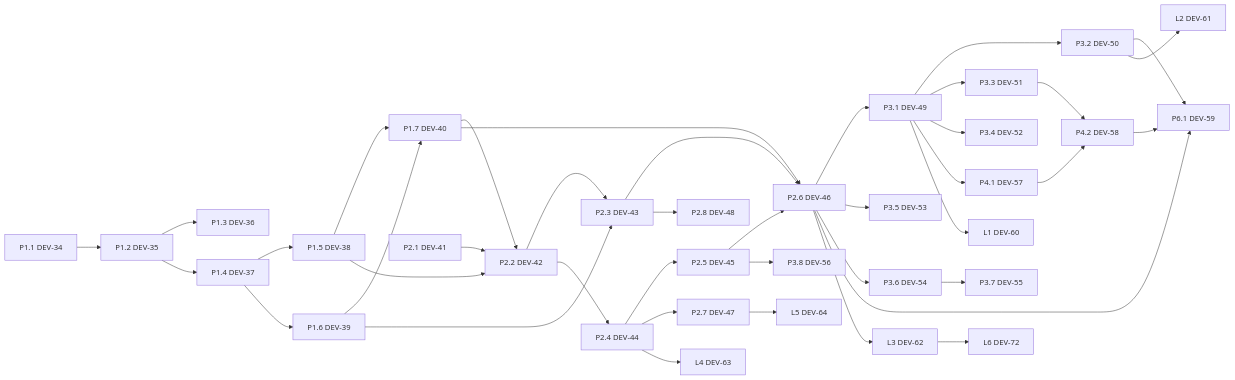
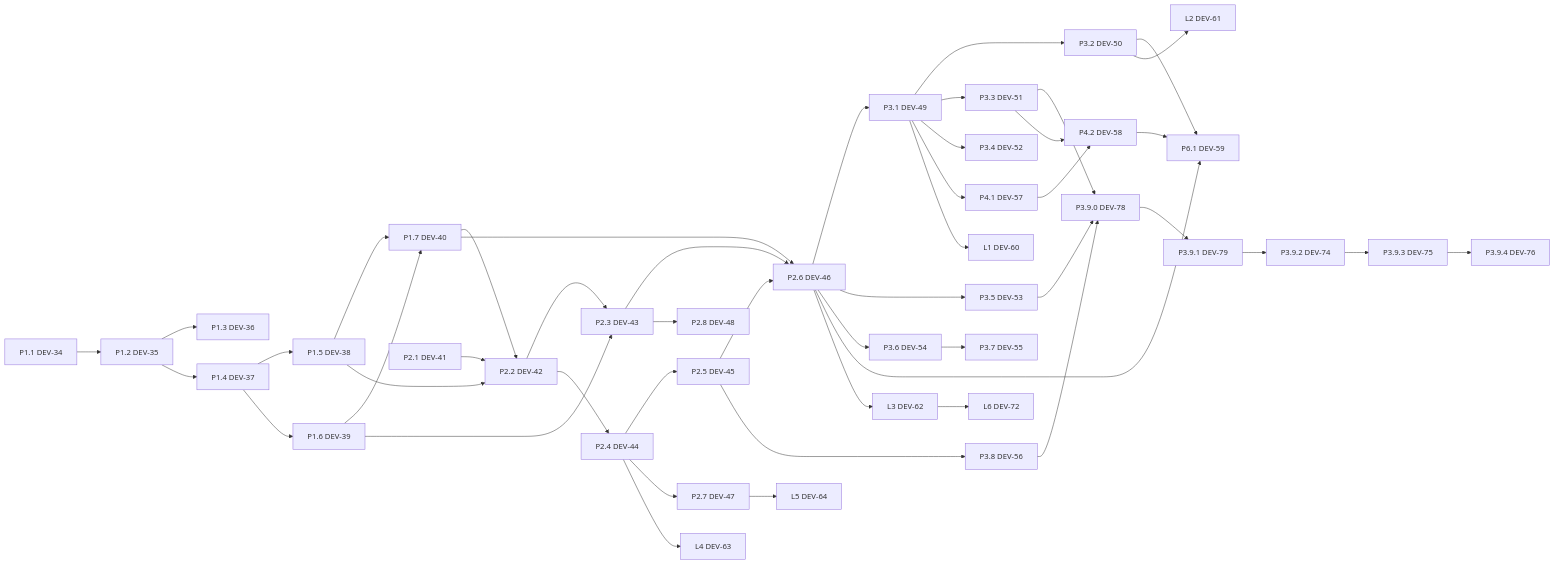
Before and after one commit to markfrommn/marksharc: the diagram in specs/MARKSHARC-PLAN.md, drawn with Mermaid. The commit also changed other lines of this file and 3 other files, not shown here.

```diff
--- a/specs/MARKSHARC-PLAN.md
+++ b/specs/MARKSHARC-PLAN.md
@@ -65,6 +65,11 @@
   P3_6["P3.6 DEV-54"]
   P3_7["P3.7 DEV-55"]
   P3_8["P3.8 DEV-56"]
+  P3_9_0["P3.9.0 DEV-78"]
+  P3_9_1["P3.9.1 DEV-79"]
+  P3_9_2["P3.9.2 DEV-74"]
+  P3_9_3["P3.9.3 DEV-75"]
+  P3_9_4["P3.9.4 DEV-76"]
   P4_1["P4.1 DEV-57"]
   P4_2["P4.2 DEV-58"]
   P6_1["P6.1 DEV-59"]
@@ -101,6 +106,13 @@
   P2_6 --> P3_6
   P3_6 --> P3_7
   P2_5 --> P3_8
+  P3_3 --> P3_9_0
+  P3_5 --> P3_9_0
+  P3_8 --> P3_9_0
+  P3_9_0 --> P3_9_1
+  P3_9_1 --> P3_9_2
+  P3_9_2 --> P3_9_3
+  P3_9_3 --> P3_9_4
   P3_1 --> P4_1
   P4_1 --> P4_2
   P3_3 --> P4_2
```
